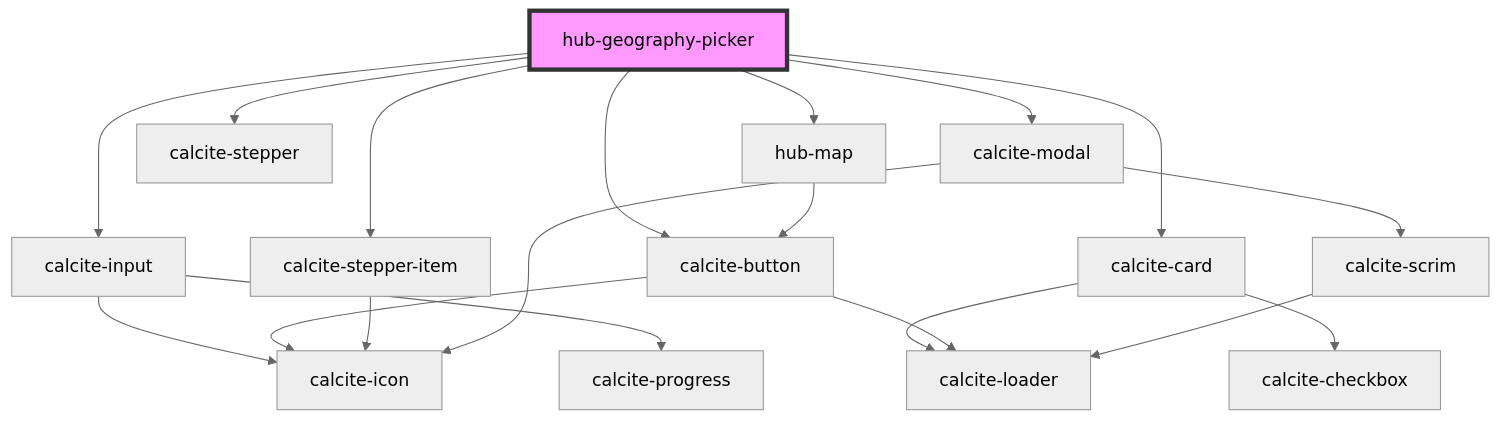
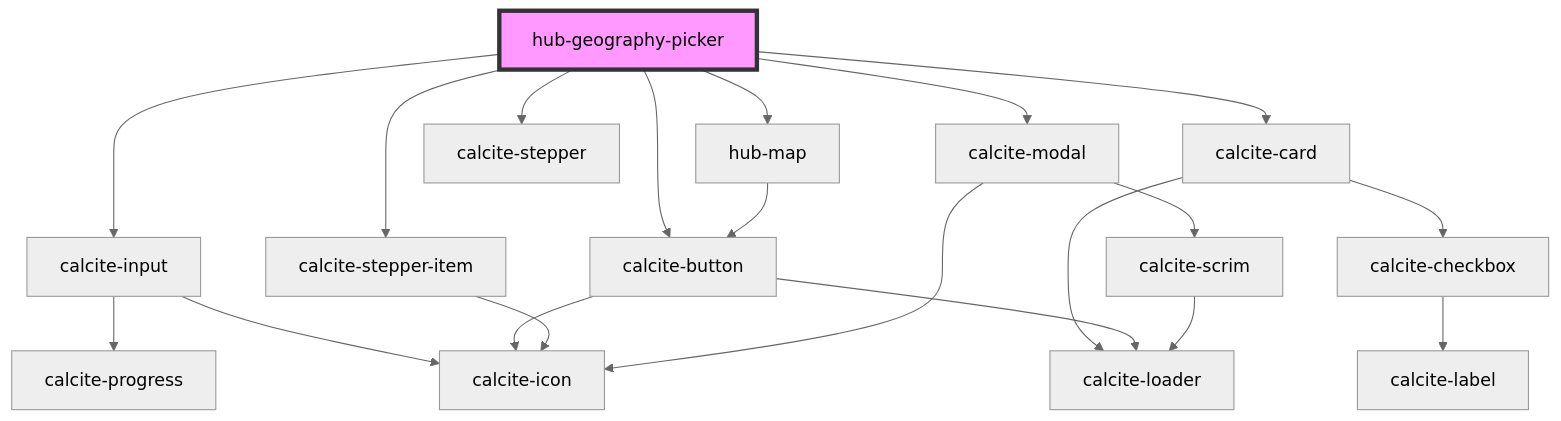
One commit to esridc/hub-components-experiments changed the diagram in src/components/presentation/hub-geography-picker/readme.md. Above: the diagram before and after it, drawn with Mermaid (neutral theme). The commit also changed 29 other files, not shown here.

````diff
--- a/src/components/presentation/hub-geography-picker/readme.md
+++ b/src/components/presentation/hub-geography-picker/readme.md
@@ -31,22 +31,23 @@
 ```mermaid
 graph TD;
   hub-geography-picker --> calcite-input
   hub-geography-picker --> calcite-card
   hub-geography-picker --> hub-map
   hub-geography-picker --> calcite-stepper
   hub-geography-picker --> calcite-stepper-item
   hub-geography-picker --> calcite-modal
   hub-geography-picker --> calcite-button
+  calcite-input --> calcite-progress
   calcite-input --> calcite-icon
-  calcite-input --> calcite-progress
   calcite-card --> calcite-loader
   calcite-card --> calcite-checkbox
+  calcite-checkbox --> calcite-label
   hub-map --> calcite-button
   calcite-button --> calcite-loader
   calcite-button --> calcite-icon
   calcite-stepper-item --> calcite-icon
   calcite-modal --> calcite-scrim
   calcite-modal --> calcite-icon
   calcite-scrim --> calcite-loader
   style hub-geography-picker fill:#f9f,stroke:#333,stroke-width:4px
 ```
````
